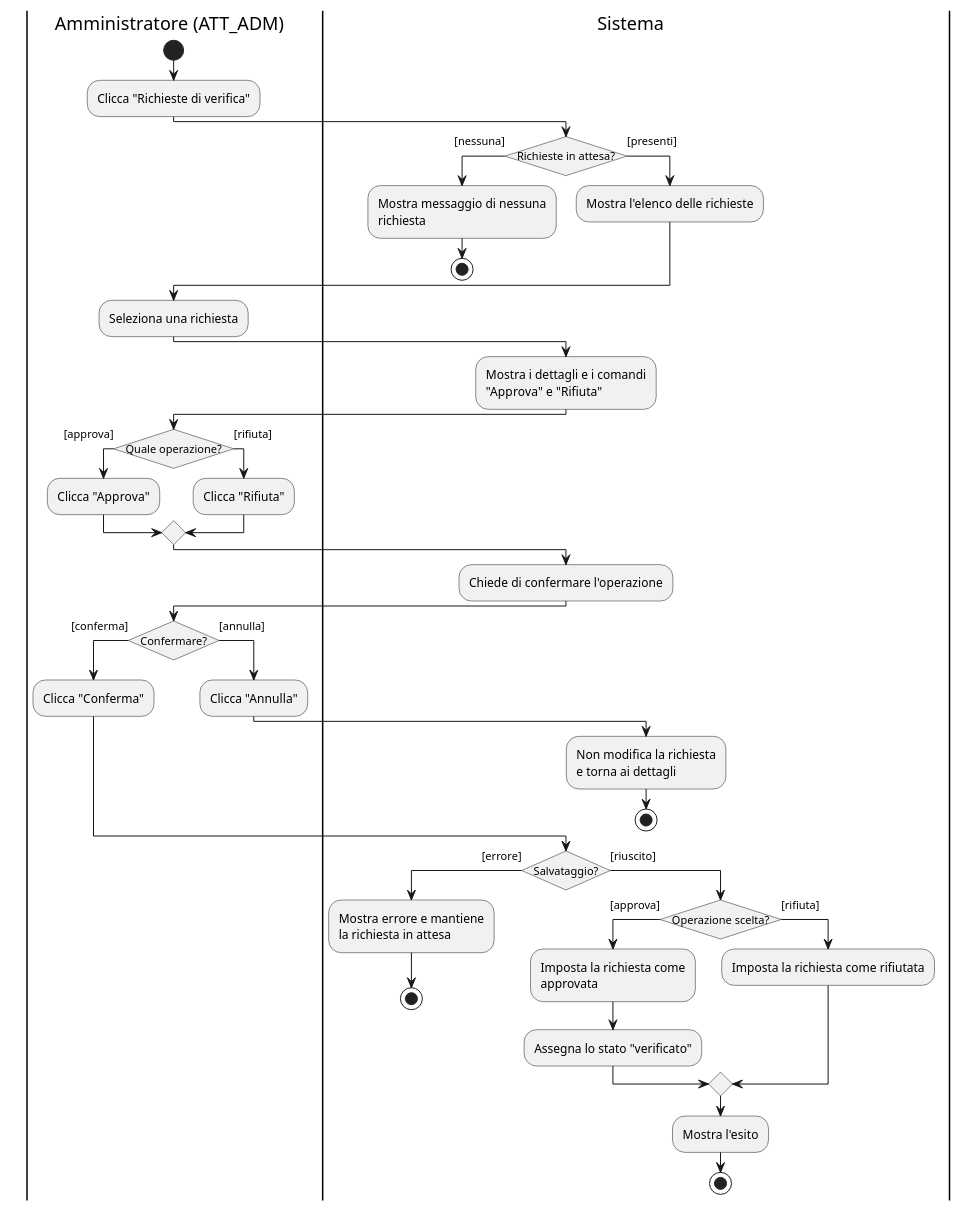
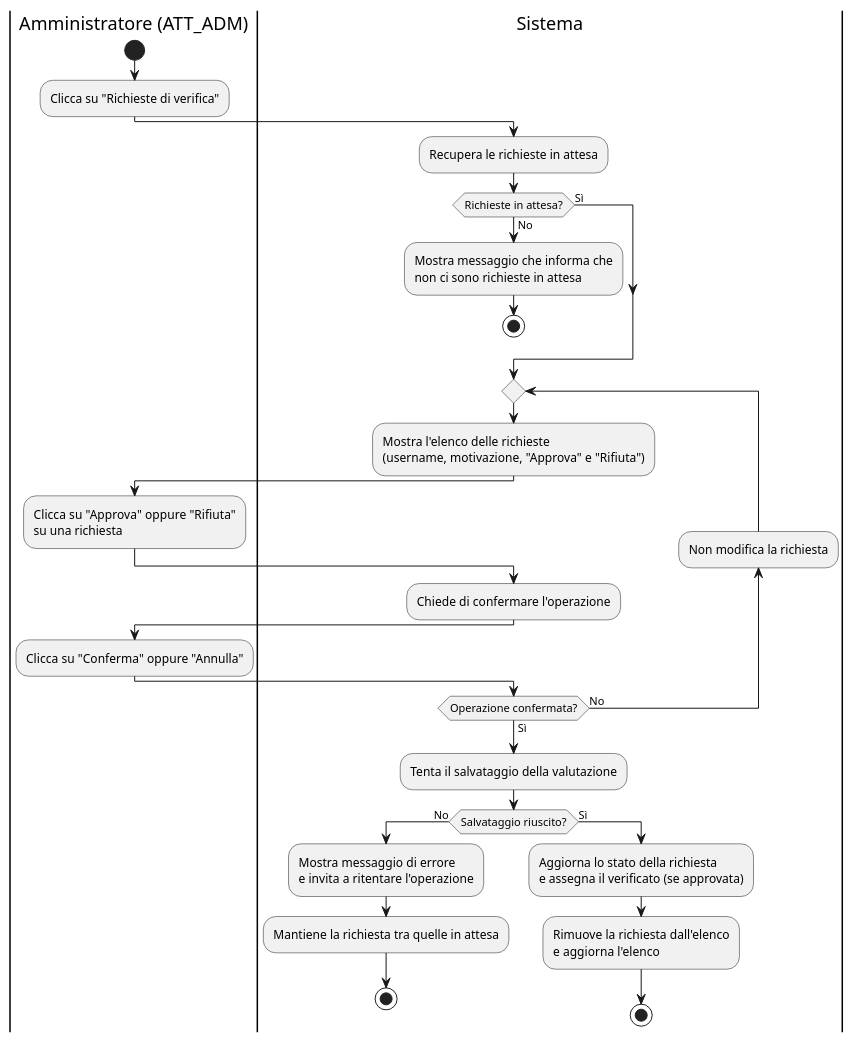
Before and after one commit to rdelvacchio/AmplyMus: the diagram in RAD/src/AD/AD_GM_6.plantuml, drawn with PlantUML. The commit also changed 2 other files, not shown here.

```diff
--- a/RAD/src/AD/AD_GM_6.plantuml
+++ b/RAD/src/AD/AD_GM_6.plantuml
@@ -1,61 +1,42 @@
 @startuml
-skinparam monochrome true
-skinparam shadowing false
-skinparam ConditionStyle InsideDiamond
-skinparam swimlaneWidth same
-skinparam wrapWidth 200
-
 |Amministratore (ATT_ADM)|
 start
-:Clicca "Richieste di verifica";
+:Clicca su "Richieste di verifica";
 
 |Sistema|
-if (Richieste in attesa?) then ([nessuna])
-  :Mostra messaggio di nessuna richiesta;
+:Recupera le richieste in attesa;
+
+if (Richieste in attesa?) then (No)
+  :Mostra messaggio che informa che\nnon ci sono richieste in attesa;
   stop
-else ([presenti])
-  :Mostra l'elenco delle richieste;
+else (Sì)
 endif
 
-|Amministratore (ATT_ADM)|
-:Seleziona una richiesta;
+repeat
+  :Mostra l'elenco delle richieste\n(username, motivazione, "Approva" e "Rifiuta");
 
-|Sistema|
-:Mostra i dettagli e i comandi\n"Approva" e "Rifiuta";
+  |Amministratore (ATT_ADM)|
+  :Clicca su "Approva" oppure "Rifiuta"\nsu una richiesta;
 
-|Amministratore (ATT_ADM)|
-if (Quale operazione?) then ([approva])
-  :Clicca "Approva";
-else ([rifiuta])
-  :Clicca "Rifiuta";
-endif
+  |Sistema|
+  :Chiede di confermare l'operazione;
 
-|Sistema|
-:Chiede di confermare l'operazione;
+  |Amministratore (ATT_ADM)|
+  :Clicca su "Conferma" oppure "Annulla";
 
-|Amministratore (ATT_ADM)|
-if (Confermare?) then ([conferma])
-  |Amministratore (ATT_ADM)|
-  :Clicca "Conferma";
-else ([annulla])
-  :Clicca "Annulla";
   |Sistema|
-  :Non modifica la richiesta\ne torna ai dettagli;
+backward :Non modifica la richiesta;
+repeat while (Operazione confermata?) is (No) not (Sì)
+
+:Tenta il salvataggio della valutazione;
+
+if (Salvataggio riuscito?) then (No)
+  :Mostra messaggio di errore\ne invita a ritentare l'operazione;
+  :Mantiene la richiesta tra quelle in attesa;
   stop
-endif
-
-|Sistema|
-if (Salvataggio?) then ([errore])
-  :Mostra errore e mantiene\nla richiesta in attesa;
-  stop
-else ([riuscito])
-  if (Operazione scelta?) then ([approva])
-    :Imposta la richiesta come approvata;
-    :Assegna lo stato "verificato";
-  else ([rifiuta])
-    :Imposta la richiesta come rifiutata;
-  endif
-  :Mostra l'esito;
+else (Sì)
+  :Aggiorna lo stato della richiesta\ne assegna il verificato (se approvata);
+  :Rimuove la richiesta dall'elenco\ne aggiorna l'elenco;
   stop
 endif
 @enduml
```
